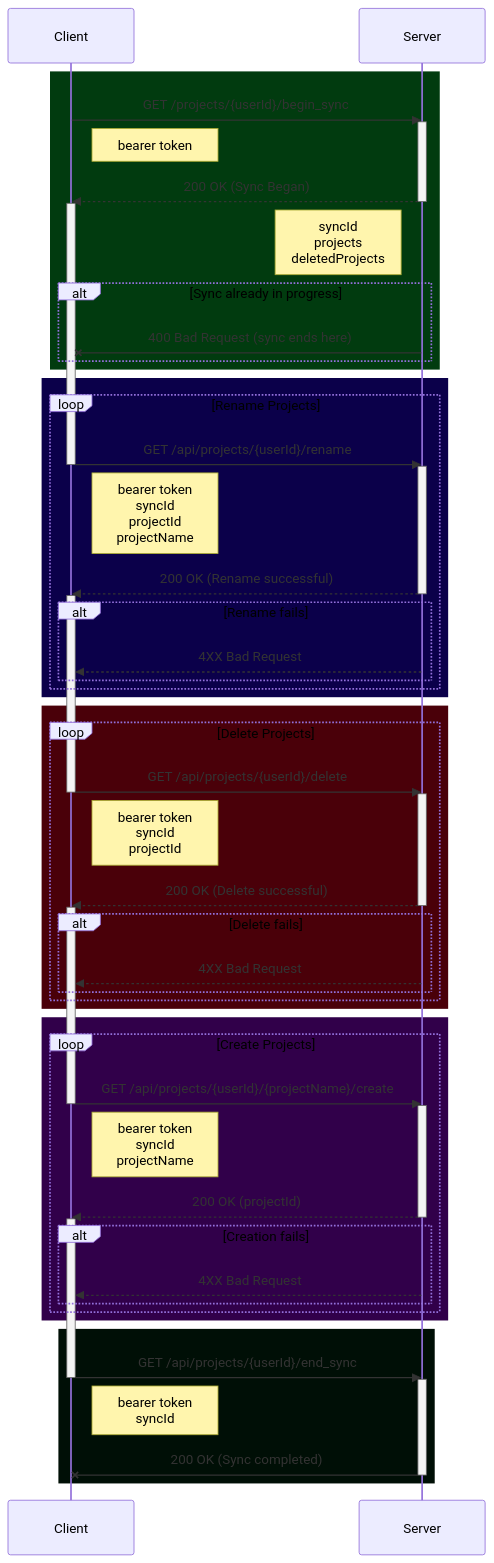
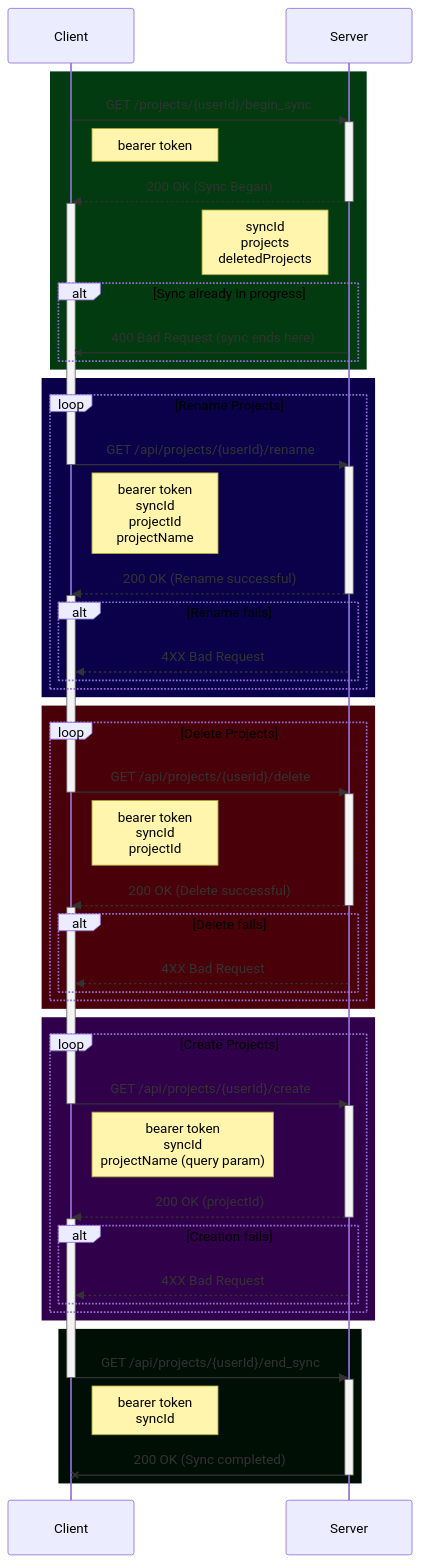
One commit to Darkrock-Studios/hammer-editor changed the first of 10 diagrams in docs/SYNCING-PROTOCOL.md. Above: the diagram before and after it, drawn with Mermaid. The commit also changed other lines of this file and 33 other files, not shown here.

First line of the commit message:
Identify projects by projectId in sync API URLs

````diff
--- a/docs/SYNCING-PROTOCOL.md
+++ b/docs/SYNCING-PROTOCOL.md
@@ -28,72 +28,72 @@
 ```mermaid
 sequenceDiagram
 	participant Client as Client
 	participant Server as Server
 
 	rect rgb(1, 59, 15)
 		Client ->> Server: GET /projects/{userId}/begin_sync
 		activate Server
 		Note right of Client: bearer token
 		Server -->> Client: 200 OK (Sync Began)
 		deactivate Server
 		activate Client
 		Note left of Server: syncId<br/>projects<br/>deletedProjects
 		alt Sync already in progress
 			Server -x Client: 400 Bad Request (sync ends here)
 		end
 	end
 	rect rgb(11, 0, 74)
 		loop Rename Projects
 			Client ->> Server: GET /api/projects/{userId}/rename
 			deactivate Client
 			activate Server
 			Note right of Client: bearer token <br/> syncId <br/> projectId <br/> projectName
 			Server -->> Client: 200 OK (Rename successful)
 			deactivate Server
 			activate Client
 			alt Rename fails
 				Server -->> Client: 4XX Bad Request
 			end
 		end
 	end
 
 	rect rgb(74, 0, 9)
 		loop Delete Projects
 			Client ->> Server: GET /api/projects/{userId}/delete
 			deactivate Client
 			activate Server
 			Note right of Client: bearer token <br/> syncId <br/> projectId
 			Server -->> Client: 200 OK (Delete successful)
 			deactivate Server
 			activate Client
 			alt Delete fails
 				Server -->> Client: 4XX Bad Request
 			end
 		end
 	end
 
 	rect rgb(49, 0, 74)
 		loop Create Projects
-			Client ->> Server: GET /api/projects/{userId}/{projectName}/create
+			Client ->> Server: GET /api/projects/{userId}/create
 			deactivate Client
 			activate Server
-			Note right of Client: bearer token <br/> syncId <br/> projectName
+			Note right of Client: bearer token <br/> syncId <br/> projectName (query param)
 			Server -->> Client: 200 OK (projectId)
 			deactivate Server
 			activate Client
 			alt Creation fails
 				Server -->> Client: 4XX Bad Request
 			end
 		end
 	end
 
 	rect rgb(0, 15, 6)
 		Client ->> Server: GET /api/projects/{userId}/end_sync
 		deactivate Client
 		activate Server
 		Note right of Client: bearer token <br/> syncId
 		Server -x Client: 200 OK (Sync completed)
 		deactivate Server
 	end
 
 ```
````
